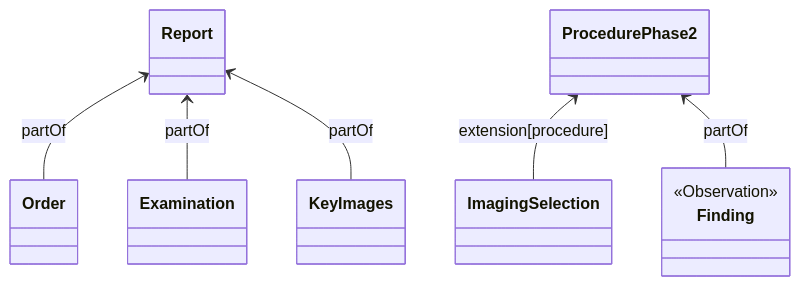
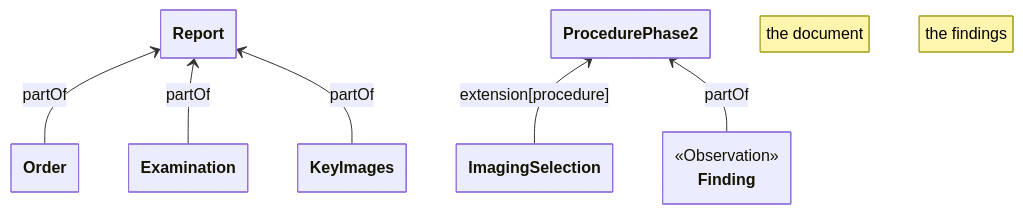
Before and after one commit to chgessner/chg-hl7-eu-imaging: the first of 6 diagrams in input/pagecontent/design-consideration-procedure-phases.md, drawn with Mermaid.

````diff
--- a/input/pagecontent/design-consideration-procedure-phases.md
+++ b/input/pagecontent/design-consideration-procedure-phases.md
@@ -6,12 +6,19 @@
 ```mermaid
+---
+  config:
+    class:
+      hideEmptyMembersBox: true
+---
 classDiagram
   direction DT
+  note "the document"
 
   class Finding { <<Observation>>}
+  note "the findings"
   Report <-- Order: partOf
   Report <-- Examination: partOf
   Report <-- Key Images: partOf
   
   ProcedurePhase2 <-- ImagingSelection: extension[procedure]
   ProcedurePhase2 <-- Finding: partOf
 ```
````
